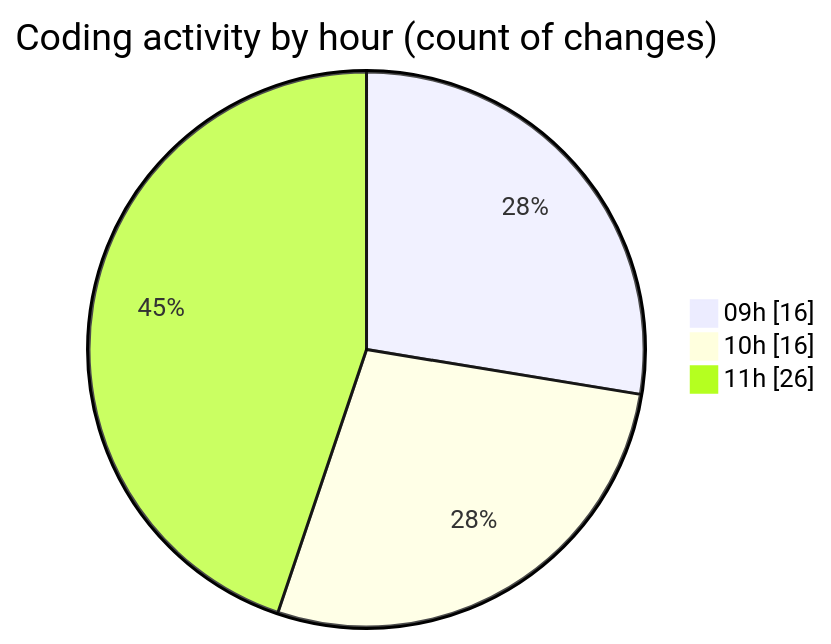
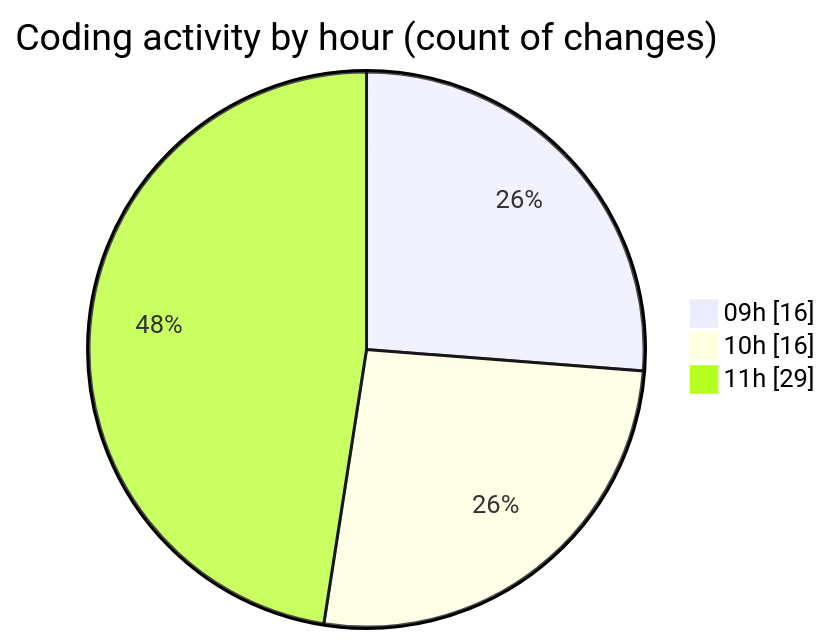
Before and after one commit to momahboobian/code-tracking: the second of 2 diagrams in 2025-07-04/cda/README.md, drawn with Mermaid. The commit also changed other lines of this file and 1 other file, not shown here.

````diff
--- a/2025-07-04/cda/README.md
+++ b/2025-07-04/cda/README.md
@@ -43,7 +44,7 @@
 ```mermaid
 pie showData
 title Coding activity by hour (count of changes)
 "09h" : 16
 "10h" : 16
-"11h" : 26
+"11h" : 29
 ```
````
